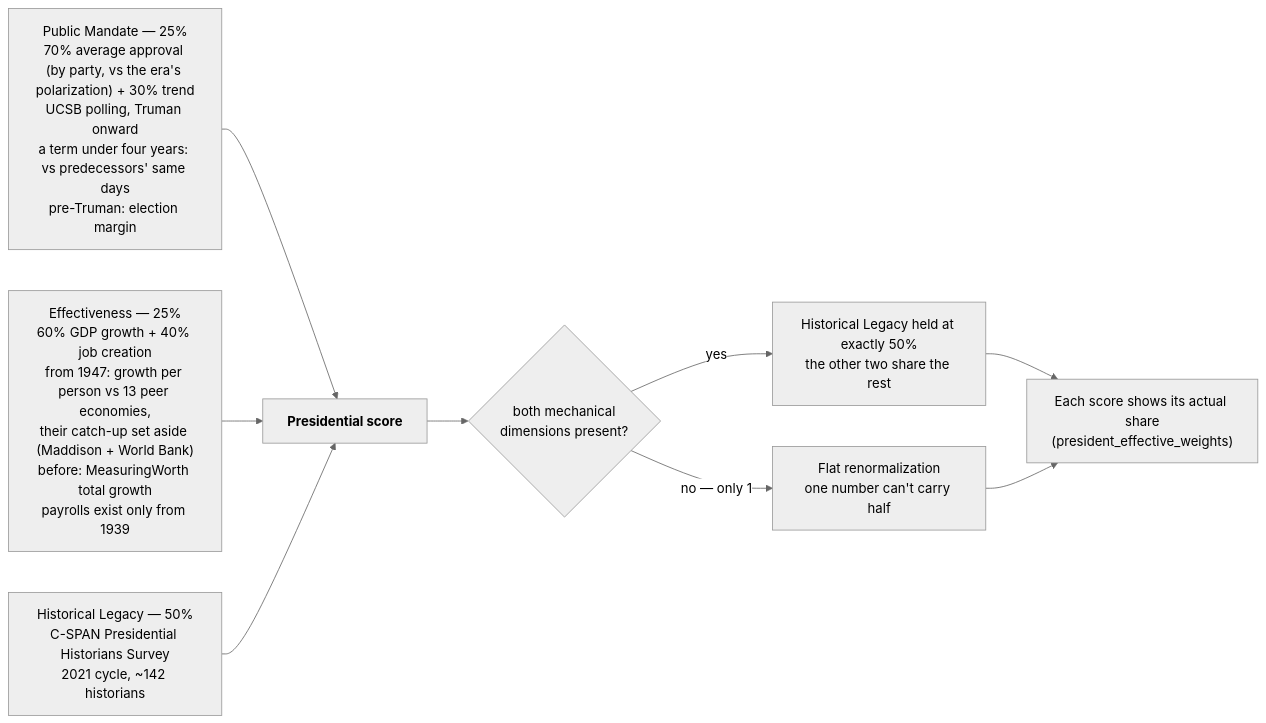
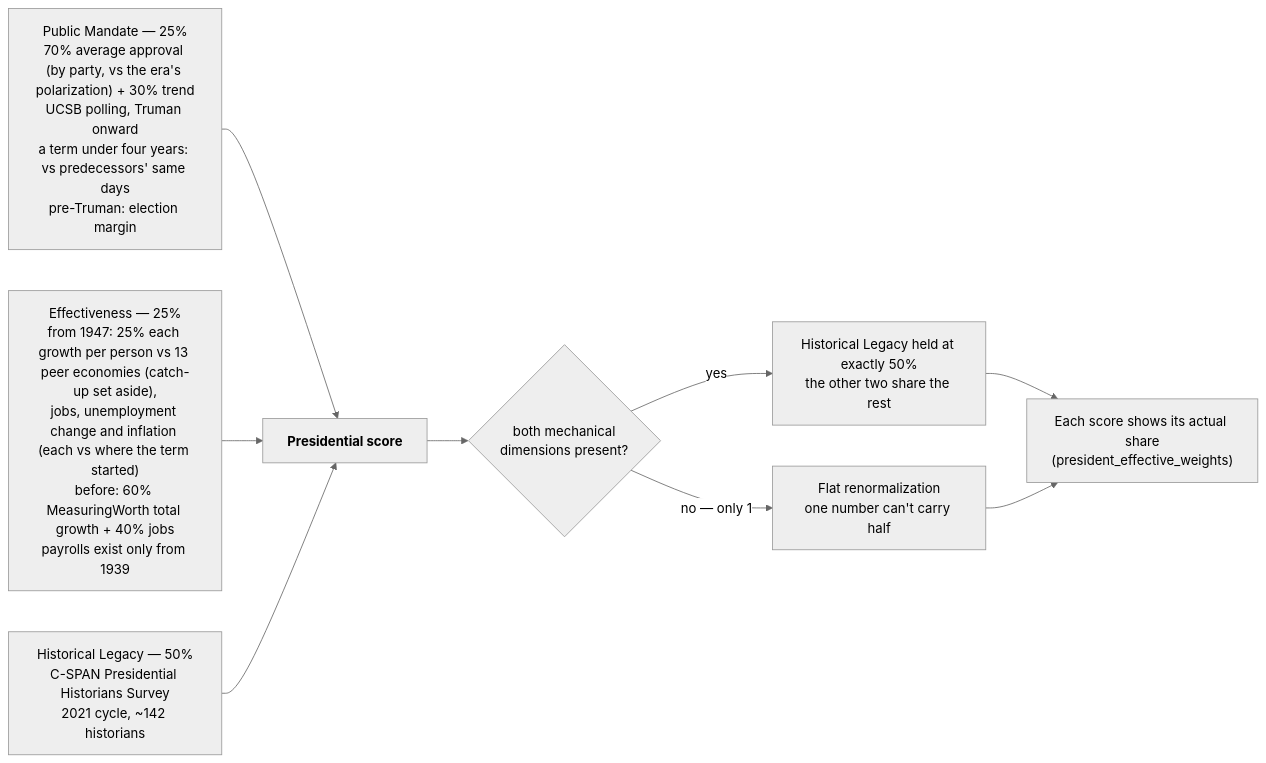
One commit to kamoras/civitas changed the second of 3 diagrams in docs/diagrams/05-scoring.md. Above: the diagram before and after it, drawn with Mermaid (neutral theme). The commit also changed 21 other files, not shown here.

Commit message:
President v10: unemployment and inflation in Effectiveness, each judged against where the term started

````diff
--- a/docs/diagrams/05-scoring.md
+++ b/docs/diagrams/05-scoring.md
@@ -73,16 +73,16 @@
 ```mermaid
 flowchart LR
     PM["Public Mandate — 25%<br/>70% average approval (by party, vs the era's polarization) + 30% trend<br/>UCSB polling, Truman onward<br/>a term under four years: vs predecessors' same days<br/>pre-Truman: election margin"]
-    EFF["Effectiveness — 25%<br/>60% GDP growth + 40% job creation<br/>from 1947: growth per person vs 13 peer economies,<br/>their catch-up set aside (Maddison + World Bank)<br/>before: MeasuringWorth total growth<br/>payrolls exist only from 1939"]
+    EFF["Effectiveness — 25%<br/>from 1947: 25% each growth per person vs 13 peer economies (catch-up set aside),<br/>jobs, unemployment change and inflation (each vs where the term started)<br/>before: 60% MeasuringWorth total growth + 40% jobs<br/>payrolls exist only from 1939"]
     HL["Historical Legacy — 50%<br/>C-SPAN Presidential Historians Survey<br/>2021 cycle, ~142 historians"]
 
     PM --> OVR["<b>Presidential score</b>"]
     EFF --> OVR
     HL --> OVR
 
     OVR --> RENORM{"both mechanical<br/>dimensions present?"}
     RENORM -->|yes| HOLD["Historical Legacy held at exactly 50%<br/>the other two share the rest"]
     RENORM -->|"no — only 1"| FLAT["Flat renormalization<br/>one number can't carry half"]
     HOLD --> SHOWN["Each score shows its actual share<br/>(president_effective_weights)"]
     FLAT --> SHOWN
 ```
````
